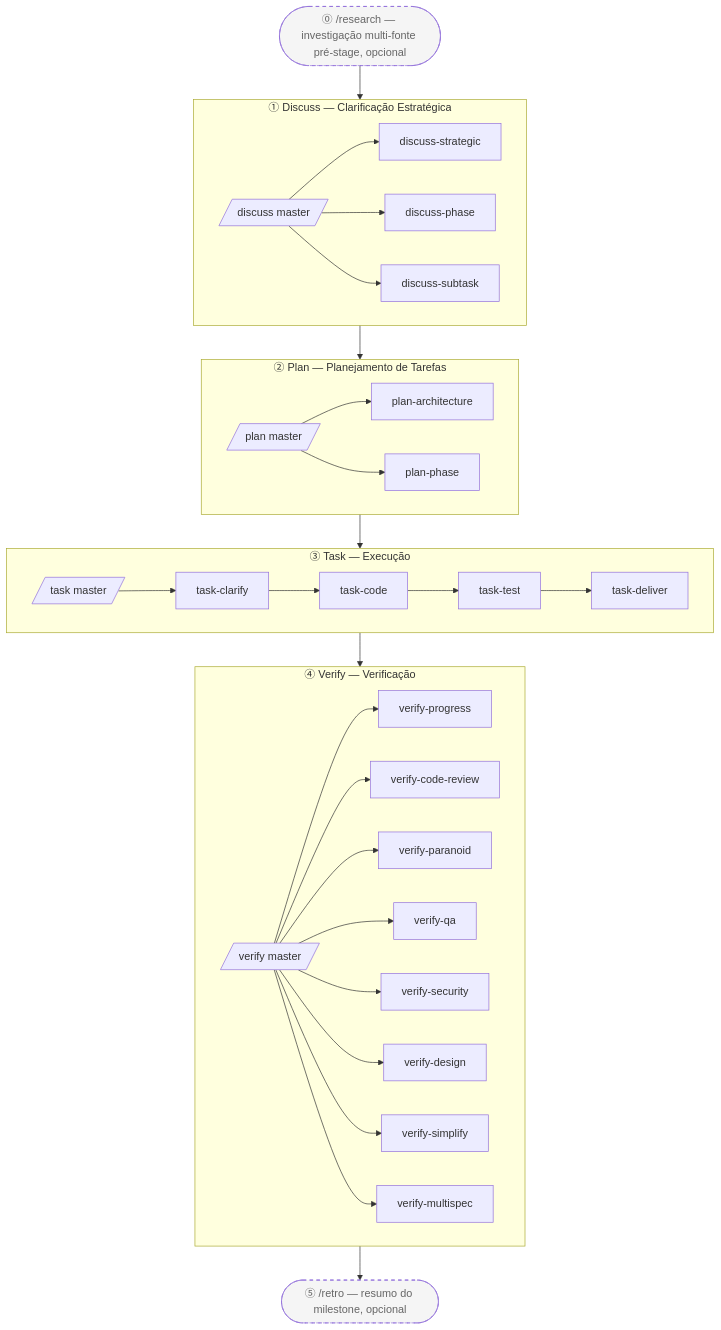
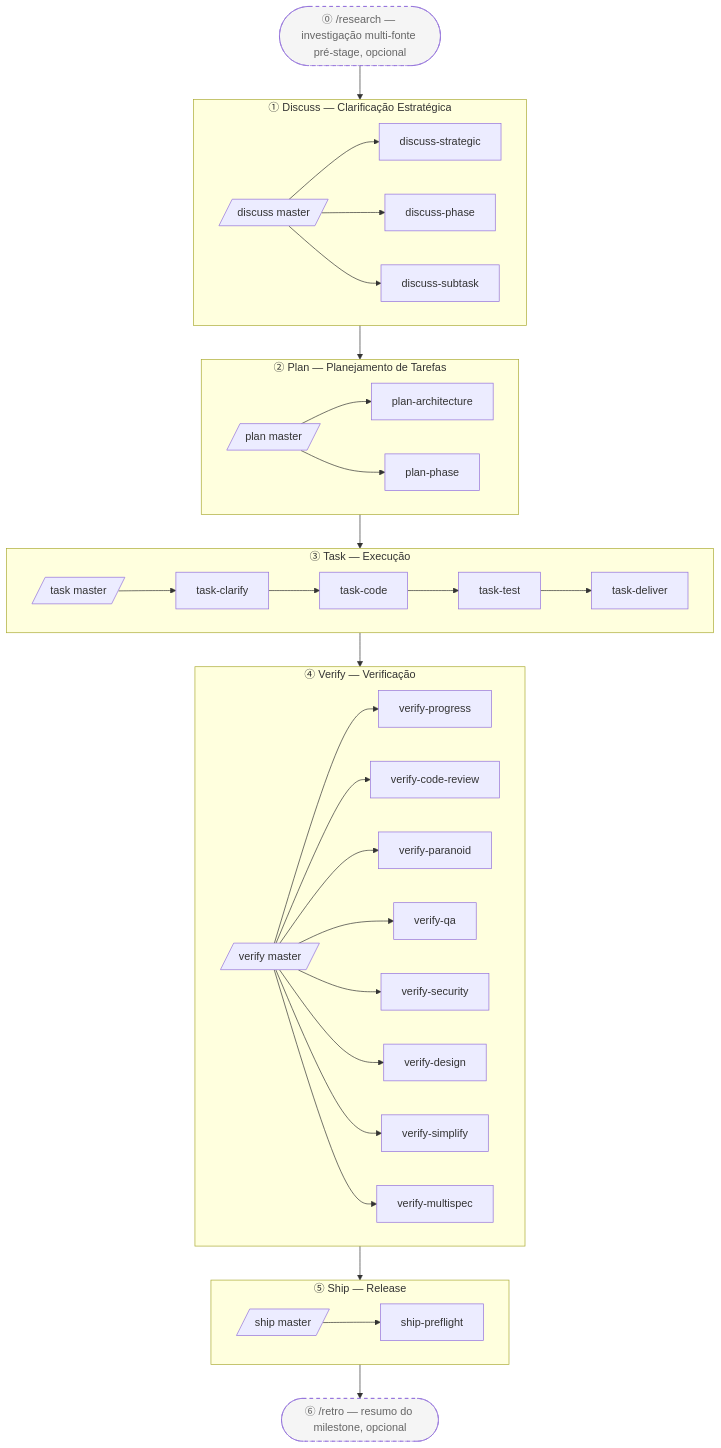
One commit to easyinplay/harnessed changed the second of 2 diagrams in README-pt-BR.md. Above: the diagram before and after it, drawn with Mermaid. The commit also changed other lines of this file and 9 other files, not shown here.

````diff
--- a/README-pt-BR.md
+++ b/README-pt-BR.md
@@ -111,42 +192,47 @@
 ```mermaid
 graph TD
   RS([⓪ /research — investigação multi-fonte pré-stage, opcional]):::optional
   subgraph Discuss[① Discuss — Clarificação Estratégica]
     DM[/discuss master/]
     DS[discuss-strategic]
     DP[discuss-phase]
     DT[discuss-subtask]
     DM --> DS & DP & DT
   end
   subgraph Plan[② Plan — Planejamento de Tarefas]
     PM[/plan master/]
     PA[plan-architecture]
     PP[plan-phase]
     PM --> PA & PP
   end
   subgraph Task[③ Task — Execução]
     TM[/task master/]
     TC[task-clarify]
     TCo[task-code]
     TT[task-test]
     TD[task-deliver]
     TM --> TC --> TCo --> TT --> TD
   end
   subgraph Verify[④ Verify — Verificação]
     VMs[/verify master/]
     VP[verify-progress]
     VC[verify-code-review]
     VPa[verify-paranoid]
     VQ[verify-qa]
     VS[verify-security]
     VD[verify-design]
     VSi[verify-simplify]
     VM[verify-multispec]
     VMs --> VP & VC & VPa & VQ & VS & VD & VSi & VM
   end
-  RT([⑤ /retro — resumo do milestone, opcional]):::optional
+  subgraph Ship[⑤ Ship — Release]
+    SMs[/ship master/]
+    SP[ship-preflight]
+    SMs --> SP
+  end
+  RT([⑥ /retro — resumo do milestone, opcional]):::optional
   RS --> Discuss
-  Discuss --> Plan --> Task --> Verify
-  Verify --> RT
+  Discuss --> Plan --> Task --> Verify --> Ship
+  Ship --> RT
   classDef optional stroke-dasharray:5 5,fill:#f5f5f5,color:#666
 ```
````
